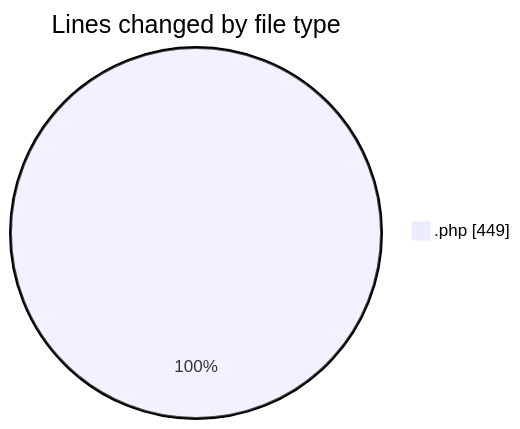
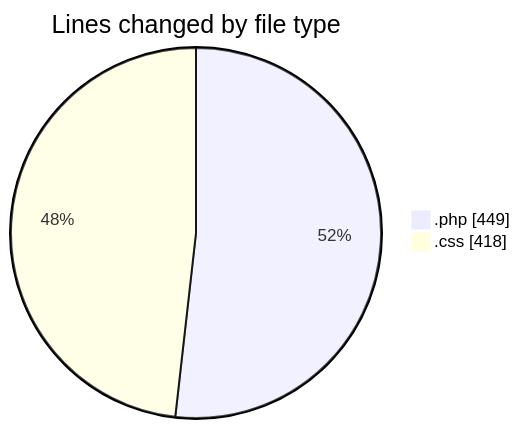
Before and after one commit to LanceThiago/code-tracking: the first of 2 diagrams in 2025-04-22/web/README.md, drawn with Mermaid. The commit also changed other lines of this file and 1 other file, not shown here.

````diff
--- a/2025-04-22/web/README.md
+++ b/2025-04-22/web/README.md
@@ -23,5 +24,6 @@
 ```mermaid
 pie showData
 title Lines changed by file type
 ".php" : 449
+".css" : 418
 ```
````
